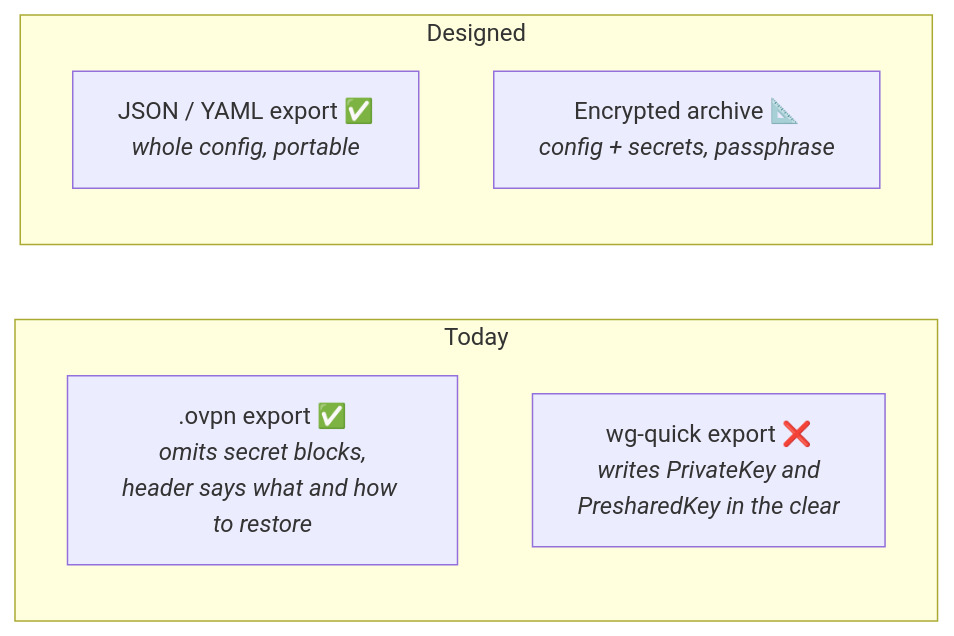
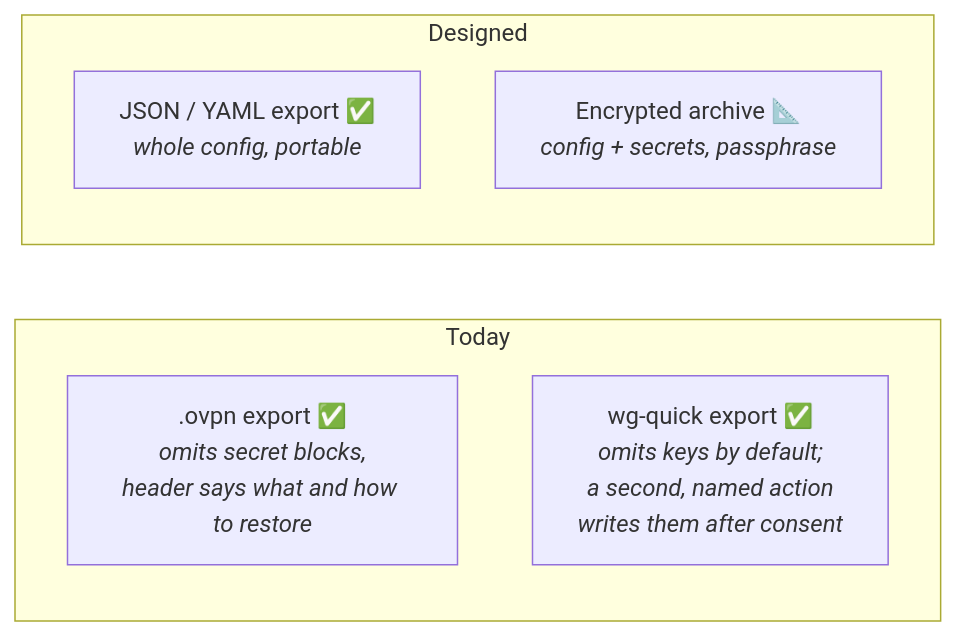
Before and after one commit to bitwisecook/SimpleVPN: the third of 4 diagrams in Docs/SecretsAndSync.md, drawn with Mermaid. The commit also changed other lines of this file and 9 other files, not shown here.

First line of the commit message:
WireGuard export: keys only through a separately confirmed action; managed profiles badged

````diff
--- a/Docs/SecretsAndSync.md
+++ b/Docs/SecretsAndSync.md
@@ -106,11 +145,11 @@
 ```mermaid
 flowchart LR
     subgraph now["Today"]
         A[".ovpn export ✅<br/><i>omits secret blocks,<br/>header says what and how to restore</i>"]
-        B["wg-quick export ❌<br/><i>writes PrivateKey and<br/>PresharedKey in the clear</i>"]
+        B["wg-quick export ✅<br/><i>omits keys by default;<br/>a second, named action<br/>writes them after consent</i>"]
     end
     subgraph next["Designed"]
         C["JSON / YAML export ✅<br/><i>whole config, portable</i>"]
         D["Encrypted archive 📐<br/><i>config + secrets, passphrase</i>"]
     end
 ```
````
